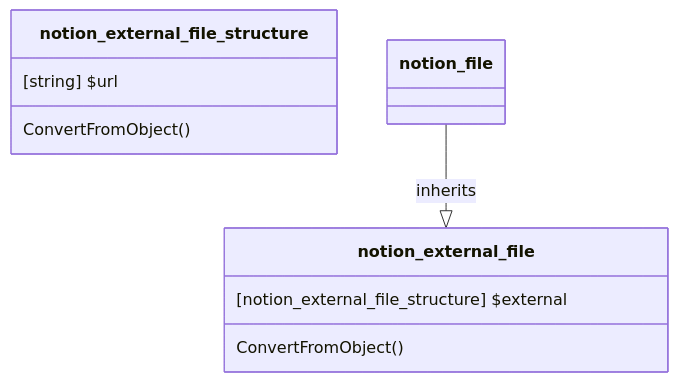
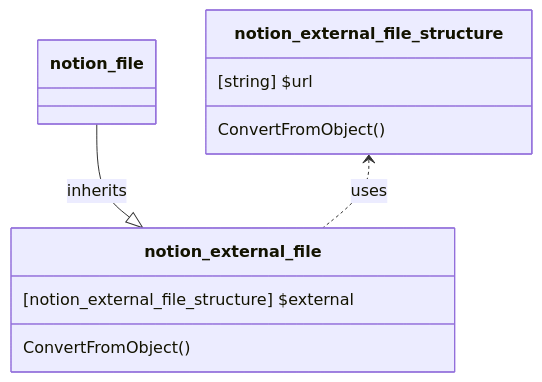
One commit to fasteiner/Notion changed the diagram in source/WikiSource/Classes/File/03_external_file.md. Above: the diagram before and after it, drawn with Mermaid. The commit also changed other lines of this file and 80 other files, not shown here.

````diff
--- a/source/WikiSource/Classes/File/03_external_file.md
+++ b/source/WikiSource/Classes/File/03_external_file.md
@@ -5,13 +5,14 @@
 ```mermaid
 classDiagram
     class notion_external_file_structure {
         [string] $url
         ConvertFromObject()
     }
 
     class notion_external_file {
         [notion_external_file_structure] $external
         ConvertFromObject()
     }
     `notion_file` --|> `notion_external_file`:inherits
+    `notion_external_file_structure` <.. `notion_external_file`:uses
 ```
````
